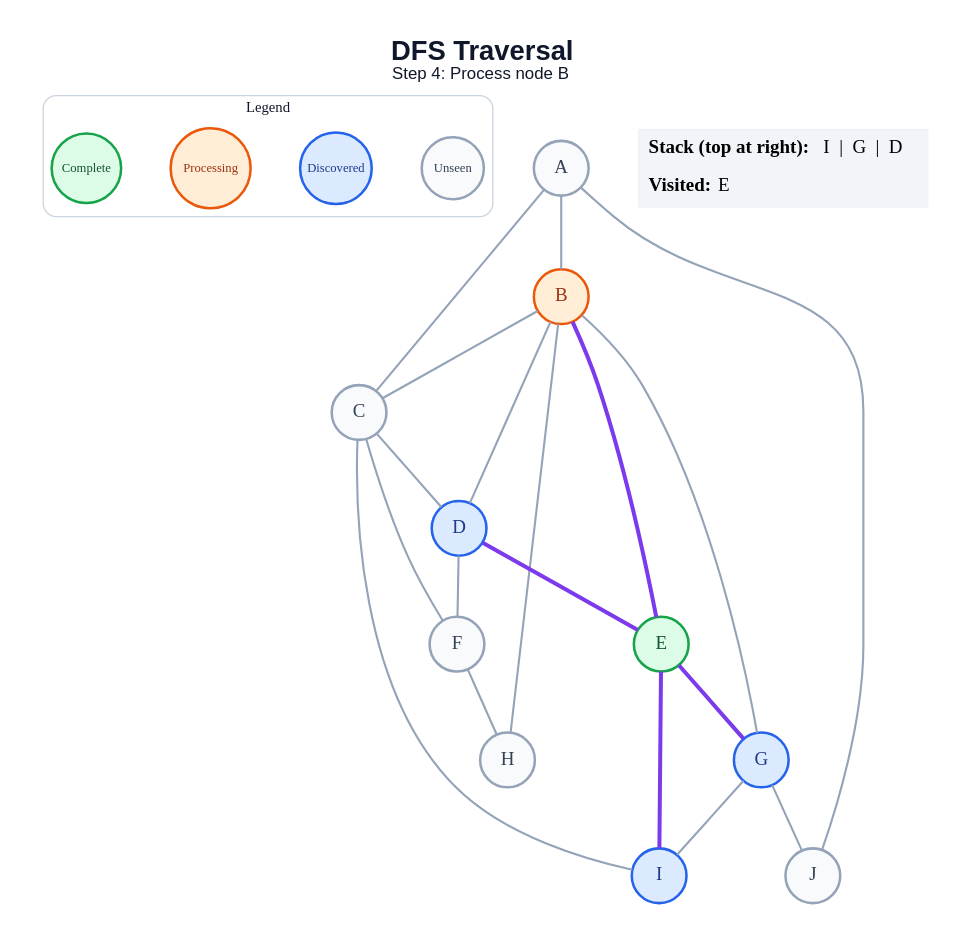
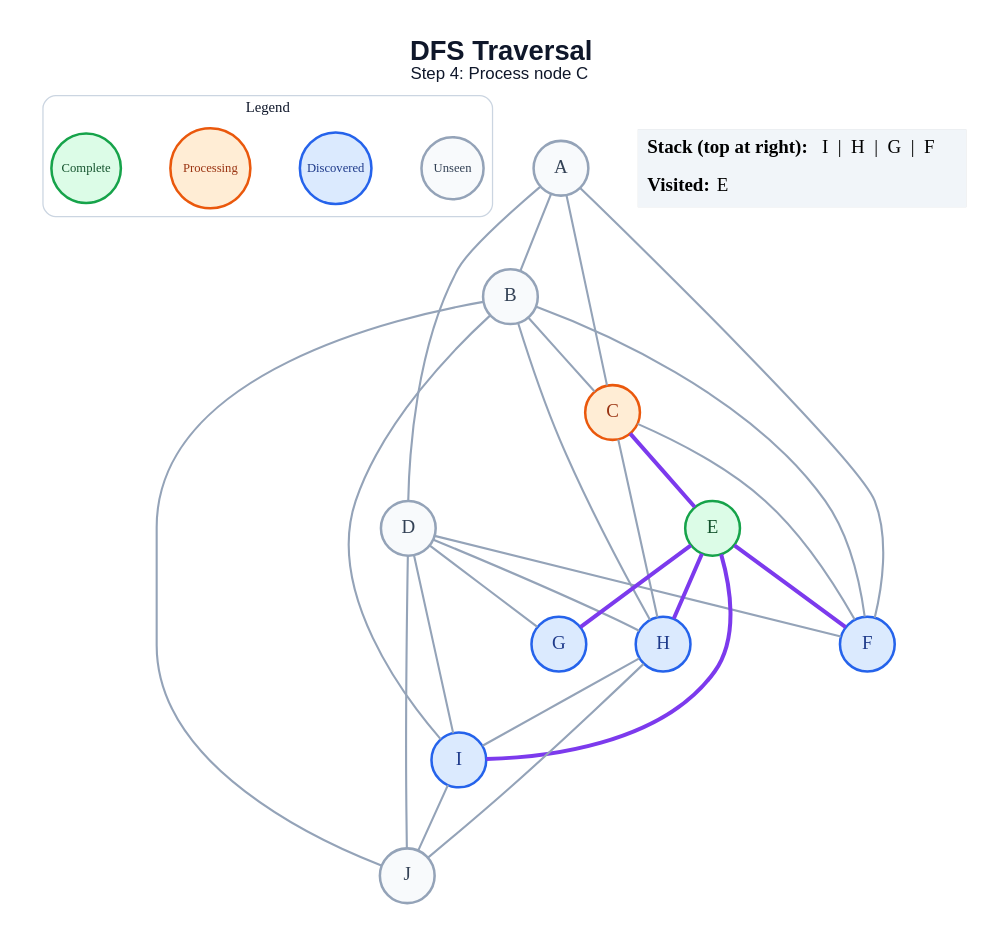
One commit to amanghodawala9/ai-slop changed the diagram in generated/specific-node/dfs/step_04.dot. Above: the diagram before and after it, drawn with Graphviz. The commit also changed 178 other files, not shown here.

```diff
--- a/generated/specific-node/dfs/step_04.dot
+++ b/generated/specific-node/dfs/step_04.dot
@@ -1,47 +1,53 @@
 graph traversal {
   graph [layout=dot, rankdir=TB, bgcolor="#FFFFFF", pad="0.35", nodesep="0.65", ranksep="0.8", fontname="Arial"];
   node [shape=circle, style="filled", fontname="Arial Bold", fontsize=18, width=0.72, fixedsize=true, penwidth=2.4];
   edge [color="#94A3B8", penwidth=2.0];
-  label=<<B>DFS Traversal</B><BR/><FONT POINT-SIZE="16">Step 4: Process node B</FONT>>; labelloc="t"; fontsize=26; fontname="Arial"; fontcolor="#0F172A";
+  label=<<B>DFS Traversal</B><BR/><FONT POINT-SIZE="16">Step 4: Process node C</FONT>>; labelloc="t"; fontsize=26; fontname="Arial"; fontcolor="#0F172A";
   subgraph cluster_legend { label="Legend"; color="#CBD5E1"; penwidth=1.2; style="rounded"; fontsize=14; fontname="Arial Bold";
     key_unseen [label="Unseen", fillcolor="#F8FAFC", color="#94A3B8", fontcolor="#334155", fontsize=12, width=0.82];
     key_frontier [label="Discovered", fillcolor="#DBEAFE", color="#2563EB", fontcolor="#1E3A8A", fontsize=12, width=0.95];
     key_current [label="Processing", fillcolor="#FFEDD5", color="#EA580C", fontcolor="#9A3412", fontsize=12, width=1.05];
     key_done [label="Complete", fillcolor="#DCFCE7", color="#16A34A", fontcolor="#14532D", fontsize=12, width=0.92];
     { rank=same; key_unseen; key_frontier; key_current; key_done; }
   }
   A [fillcolor="#F8FAFC", color="#94A3B8", fontcolor="#334155"];
-  B [fillcolor="#FFEDD5", color="#EA580C", fontcolor="#9A3412"];
-  C [fillcolor="#F8FAFC", color="#94A3B8", fontcolor="#334155"];
-  D [fillcolor="#DBEAFE", color="#2563EB", fontcolor="#1E3A8A"];
+  B [fillcolor="#F8FAFC", color="#94A3B8", fontcolor="#334155"];
+  C [fillcolor="#FFEDD5", color="#EA580C", fontcolor="#9A3412"];
+  D [fillcolor="#F8FAFC", color="#94A3B8", fontcolor="#334155"];
   E [fillcolor="#DCFCE7", color="#16A34A", fontcolor="#14532D"];
-  F [fillcolor="#F8FAFC", color="#94A3B8", fontcolor="#334155"];
+  F [fillcolor="#DBEAFE", color="#2563EB", fontcolor="#1E3A8A"];
   G [fillcolor="#DBEAFE", color="#2563EB", fontcolor="#1E3A8A"];
-  H [fillcolor="#F8FAFC", color="#94A3B8", fontcolor="#334155"];
+  H [fillcolor="#DBEAFE", color="#2563EB", fontcolor="#1E3A8A"];
   I [fillcolor="#DBEAFE", color="#2563EB", fontcolor="#1E3A8A"];
   J [fillcolor="#F8FAFC", color="#94A3B8", fontcolor="#334155"];
   A -- B;
   A -- C;
-  A -- J;
+  A -- D;
+  A -- F;
   B -- C;
-  B -- D;
-  B -- E [color="#7C3AED", penwidth=3.8];
-  B -- G;
+  B -- F;
   B -- H;
-  C -- D;
+  B -- I;
+  B -- J;
+  C -- E [color="#7C3AED", penwidth=3.8];
   C -- F;
-  C -- I;
-  D -- E [color="#7C3AED", penwidth=3.8];
+  C -- H;
   D -- F;
+  D -- G;
+  D -- H;
+  D -- I;
+  D -- J;
+  E -- F [color="#7C3AED", penwidth=3.8];
   E -- G [color="#7C3AED", penwidth=3.8];
+  E -- H [color="#7C3AED", penwidth=3.8];
   E -- I [color="#7C3AED", penwidth=3.8];
-  F -- H;
-  G -- I;
-  G -- J;
+  H -- I;
+  H -- J;
+  I -- J;
   status [shape=plain, fixedsize=false, width=0, height=0, margin=0, label=<
     <TABLE BORDER="0" CELLBORDER="0" CELLPADDING="7" BGCOLOR="#F1F5F9">
-      <TR><TD ALIGN="LEFT"><B>Stack (top at right):</B> I  |  G  |  D</TD></TR>
+      <TR><TD ALIGN="LEFT"><B>Stack (top at right):</B> I  |  H  |  G  |  F</TD></TR>
       <TR><TD ALIGN="LEFT"><B>Visited:</B> E</TD></TR>
     </TABLE>
   >];
 }
```
